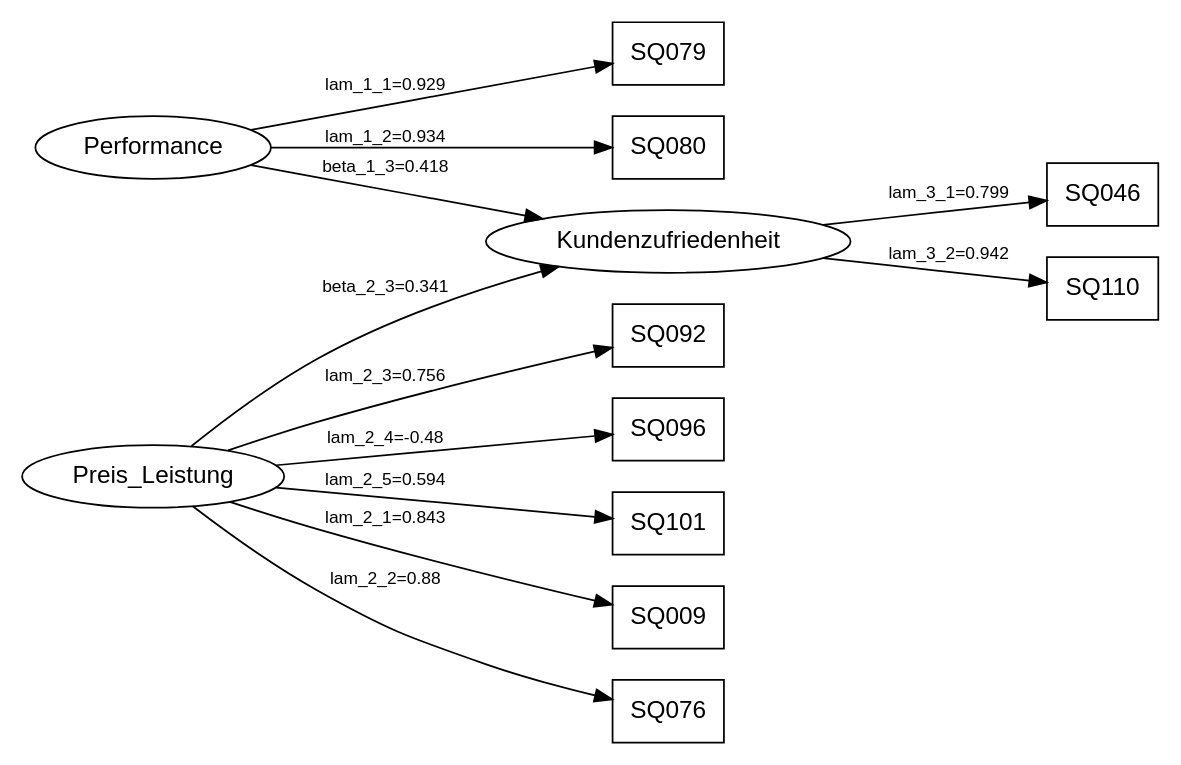
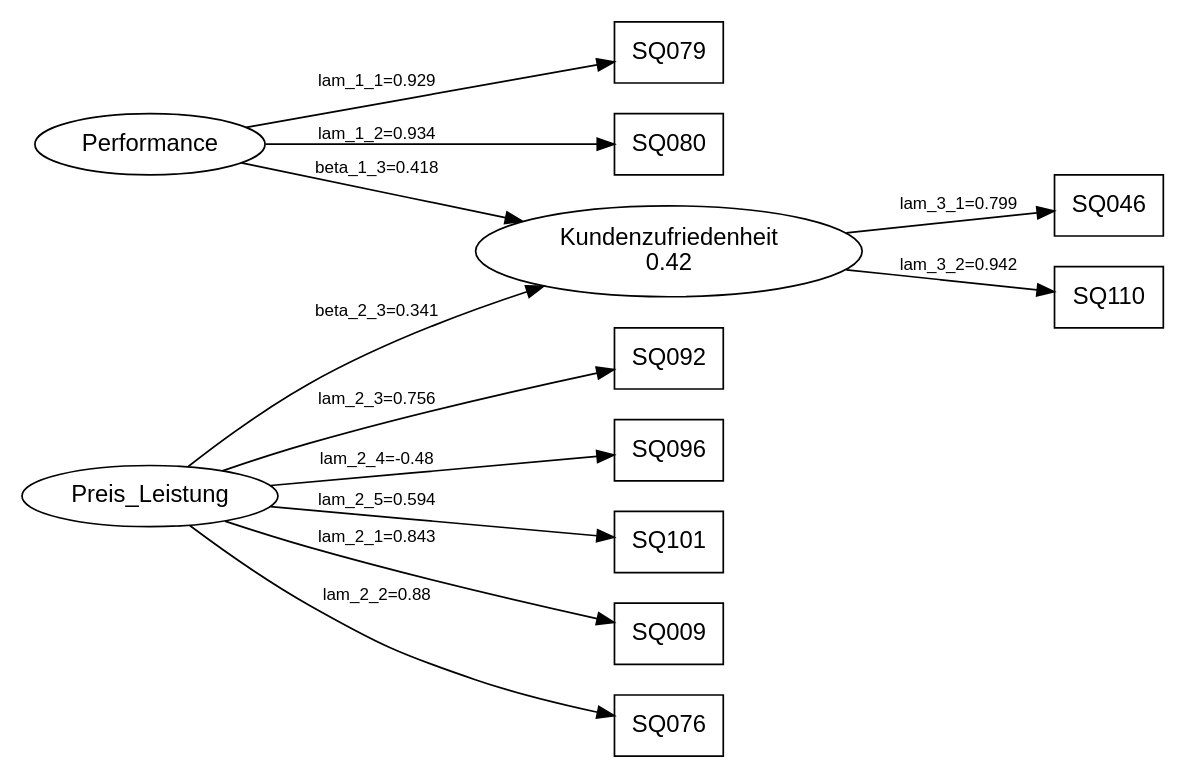
One commit to JannicBeck/pbsem changed the diagram in PB-structure.dot. Above: the diagram before and after it, drawn with Graphviz. The commit also changed 50 other files, not shown here.

```diff
--- a/PB-structure.dot
+++ b/PB-structure.dot
@@ -1,21 +1,21 @@
 digraph "PB_model" {
   rankdir=LR;
   size="8,8";
   node [fontname="Helvetica" fontsize=14 shape=box];
   edge [fontname="Helvetica" fontsize=10];
   center=1;
   "Performance" [shape=ellipse]
   "Preis_Leistung" [shape=ellipse]
-  "Kundenzufriedenheit" [shape=ellipse]
+  "Kundenzufriedenheit" [shape=ellipse, label="Kundenzufriedenheit\n0.42"]
  "Performance" -> "SQ079" [label="lam_1_1=0.929"];
   "Performance" -> "SQ080" [label="lam_1_2=0.934"];
   "Preis_Leistung" -> "SQ009" [label="lam_2_1=0.843"];
   "Preis_Leistung" -> "SQ076" [label="lam_2_2=0.88"];
   "Preis_Leistung" -> "SQ092" [label="lam_2_3=0.756"];
   "Preis_Leistung" -> "SQ096" [label="lam_2_4=-0.48"];
   "Preis_Leistung" -> "SQ101" [label="lam_2_5=0.594"];
   "Kundenzufriedenheit" -> "SQ046" [label="lam_3_1=0.799"];
   "Kundenzufriedenheit" -> "SQ110" [label="lam_3_2=0.942"];
   "Performance" -> "Kundenzufriedenheit" [label="beta_1_3=0.418"];
   "Preis_Leistung" -> "Kundenzufriedenheit" [label="beta_2_3=0.341"];
 }
```
